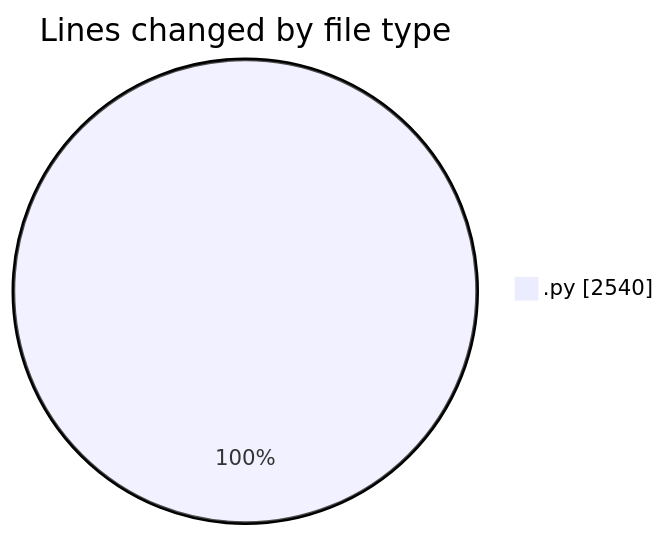
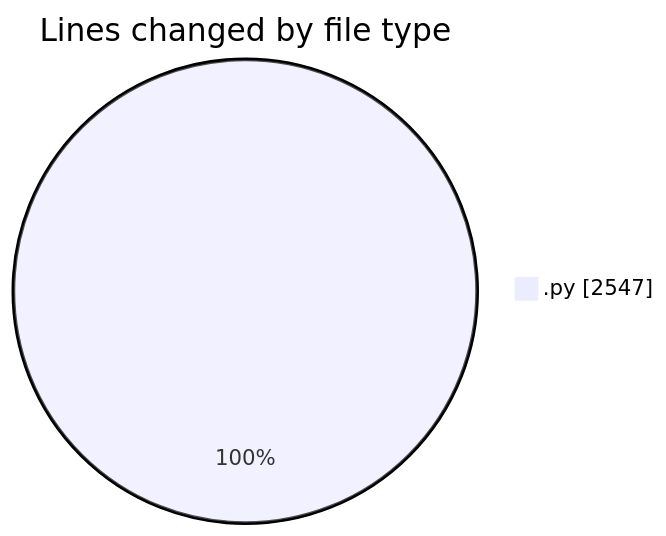
One commit to Ritupan-Deka/code-tracking changed the first of 2 diagrams in 2026-01-11/dsa/README.md. Above: the diagram before and after it, drawn with Mermaid. The commit also changed other lines of this file and 1 other file, not shown here.

````diff
--- a/2026-01-11/dsa/README.md
+++ b/2026-01-11/dsa/README.md
@@ -21,5 +21,5 @@
 ```mermaid
 pie showData
 title Lines changed by file type
-".py" : 2540
+".py" : 2547
 ```
````
